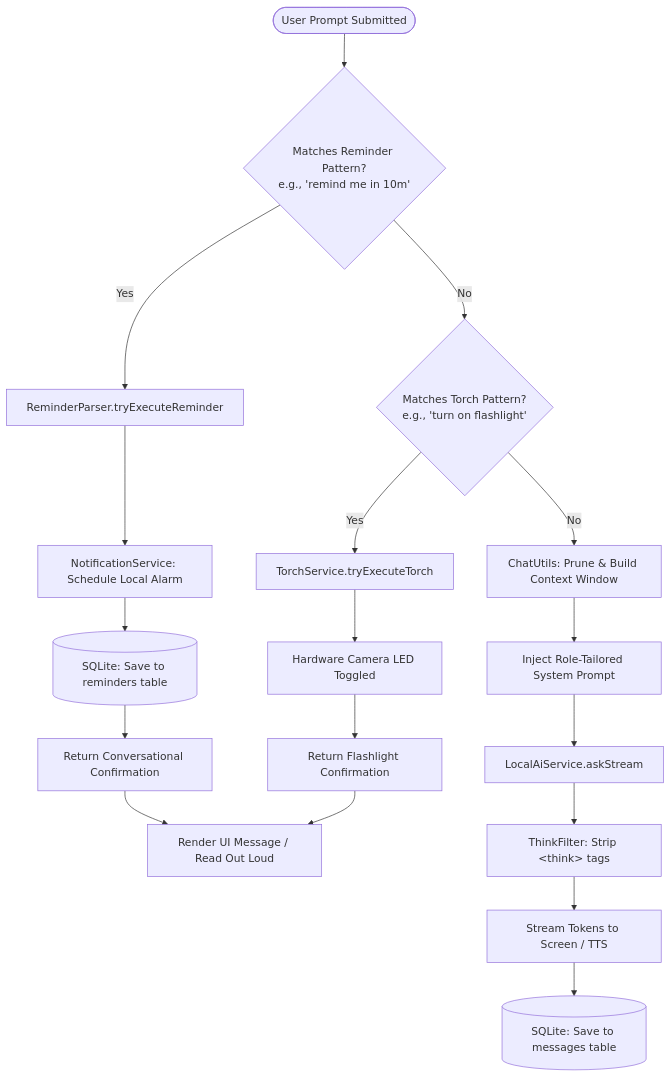
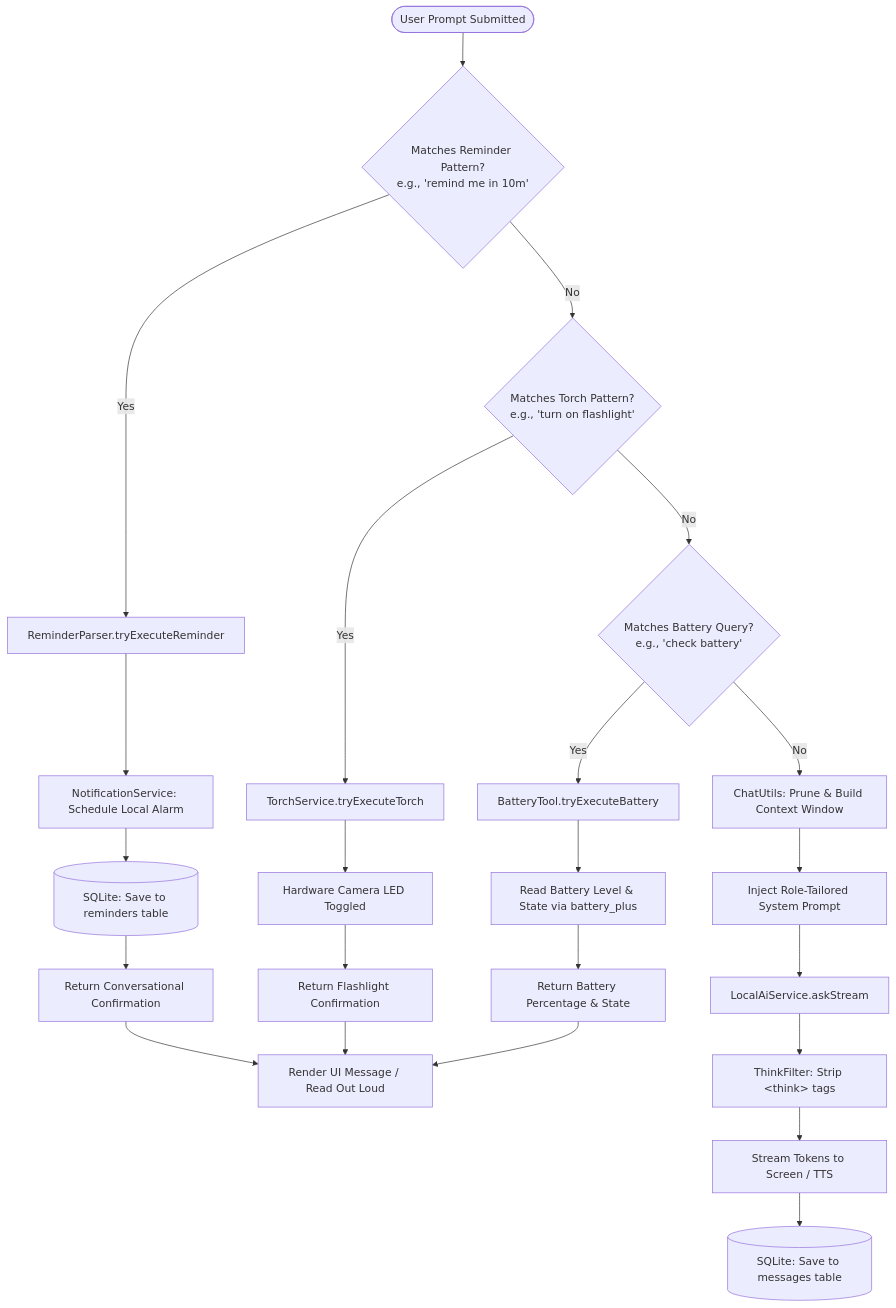
One commit to SubramanyaKS/PocketAI changed the third of 5 diagrams in docs/architecture.md. Above: the diagram before and after it, drawn with Mermaid. The commit also changed other lines of this file and 11 other files, not shown here.

Commit message:
added battery tool

````diff
--- a/docs/architecture.md
+++ b/docs/architecture.md
@@ -133,24 +138,31 @@
 ```mermaid
 flowchart TD
     Input([User Prompt Submitted]) --> CheckReminder{Matches Reminder Pattern?<br/>e.g., 'remind me in 10m'}
     
     CheckReminder -- Yes --> ExecReminder[ReminderParser.tryExecuteReminder]
     ExecReminder --> SchedNotif[NotificationService: Schedule Local Alarm]
     SchedNotif --> SaveRemindDB[(SQLite: Save to reminders table)]
     SaveRemindDB --> ReturnRemindReply[Return Conversational Confirmation]
     ReturnRemindReply --> DisplayBubble[Render UI Message / Read Out Loud]
 
     CheckReminder -- No --> CheckTorch{Matches Torch Pattern?<br/>e.g., 'turn on flashlight'}
     
     CheckTorch -- Yes --> ExecTorch[TorchService.tryExecuteTorch]
     ExecTorch --> HWSwitch[Hardware Camera LED Toggled]
     HWSwitch --> ReturnTorchReply[Return Flashlight Confirmation]
     ReturnTorchReply --> DisplayBubble
 
-    CheckTorch -- No --> FormatContext[ChatUtils: Prune & Build Context Window]
+    CheckTorch -- No --> CheckBattery{Matches Battery Query?<br/>e.g., 'check battery'}
+    
+    CheckBattery -- Yes --> ExecBattery[BatteryTool.tryExecuteBattery]
+    ExecBattery --> ReadBattery[Read Battery Level & State via battery_plus]
+    ReadBattery --> ReturnBatReply[Return Battery Percentage & State]
+    ReturnBatReply --> DisplayBubble
+
+    CheckBattery -- No --> FormatContext[ChatUtils: Prune & Build Context Window]
     FormatContext --> SystemPrompt[Inject Role-Tailored System Prompt]
     SystemPrompt --> StreamGen[LocalAiService.askStream]
     StreamGen --> Filter[ThinkFilter: Strip &lt;think&gt; tags]
     Filter --> RenderChunk[Stream Tokens to Screen / TTS]
     RenderChunk --> SaveChatDB[(SQLite: Save to messages table)]
 ```
````
